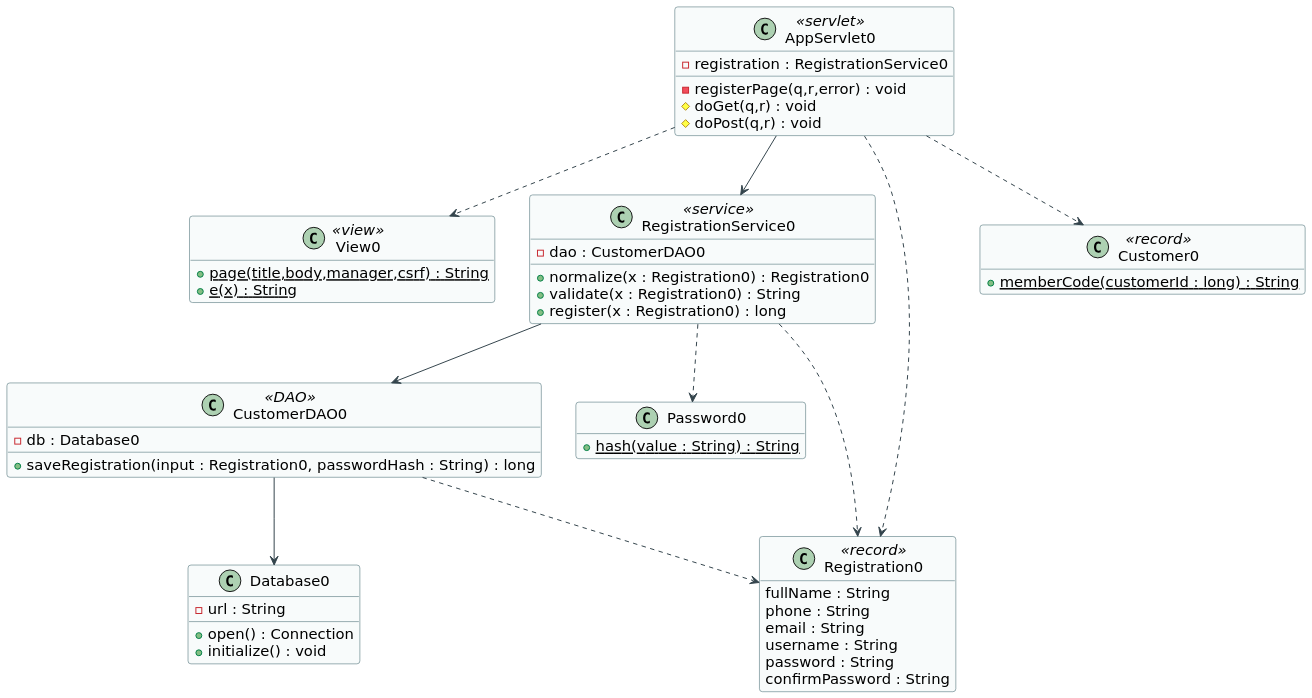
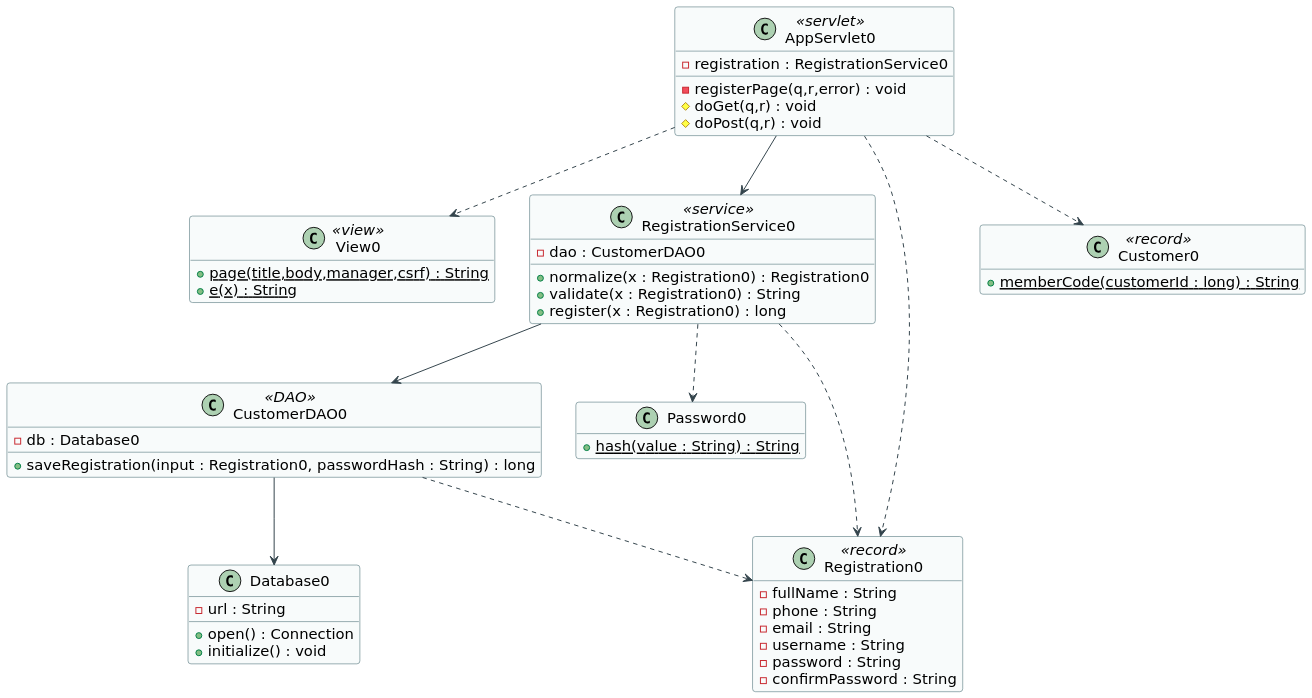
Before and after one commit to tinhatinh/PTTK: the diagram in uml/thiet-ke/07-registration-design.puml, drawn with PlantUML. The commit also changed 60 other files, not shown here.

Commit message:
Align interface designs with live application and review UML report

```diff
--- a/uml/thiet-ke/07-registration-design.puml
+++ b/uml/thiet-ke/07-registration-design.puml
@@ -1,63 +1,63 @@
 @startuml 07-registration-design
 skinparam defaultFontName DejaVu Sans
 skinparam defaultFontSize 15
 skinparam shadowing false
 skinparam backgroundColor white
 skinparam ArrowColor #33444C
 skinparam classBackgroundColor #F8FBFB
 skinparam classBorderColor #335D64
 skinparam packageBorderColor #60757D
 skinparam roundcorner 6
 skinparam dpi 150
 skinparam maxMessageSize 180
 hide empty members
 top to bottom direction
 class AppServlet0 <<servlet>> {
  -registration : RegistrationService0
  -registerPage(q,r,error) : void
  #doGet(q,r) : void
  #doPost(q,r) : void
 }
 class View0 <<view>> {
  +{static} page(title,body,manager,csrf) : String
 +{static} e(x) : String
 }
 class RegistrationService0 <<service>> {
  -dao : CustomerDAO0
  +normalize(x : Registration0) : Registration0
  +validate(x : Registration0) : String
  +register(x : Registration0) : long
 }
 class CustomerDAO0 <<DAO>> {
  -db : Database0
  +saveRegistration(input : Registration0, passwordHash : String) : long
 }
 class Database0 {
  -url : String
 +open() : Connection
 +initialize() : void
 }
 class Password0 {
  +{static} hash(value : String) : String
 }
 class Registration0 <<record>> {
- fullName : String
-phone : String
-email : String
-username : String
-password : String
-confirmPassword : String
+-fullName : String
+-phone : String
+-email : String
+-username : String
+-password : String
+-confirmPassword : String
 }
 class Customer0 <<record>> {
 +{static} memberCode(customerId : long) : String
 }
 AppServlet0 ..> Customer0
 AppServlet0 --> RegistrationService0
 AppServlet0 ..> View0
 AppServlet0 ..> Registration0
 RegistrationService0 --> CustomerDAO0
 RegistrationService0 ..> Registration0
 RegistrationService0 ..> Password0
 CustomerDAO0 --> Database0
 CustomerDAO0 ..> Registration0
 @enduml
```
